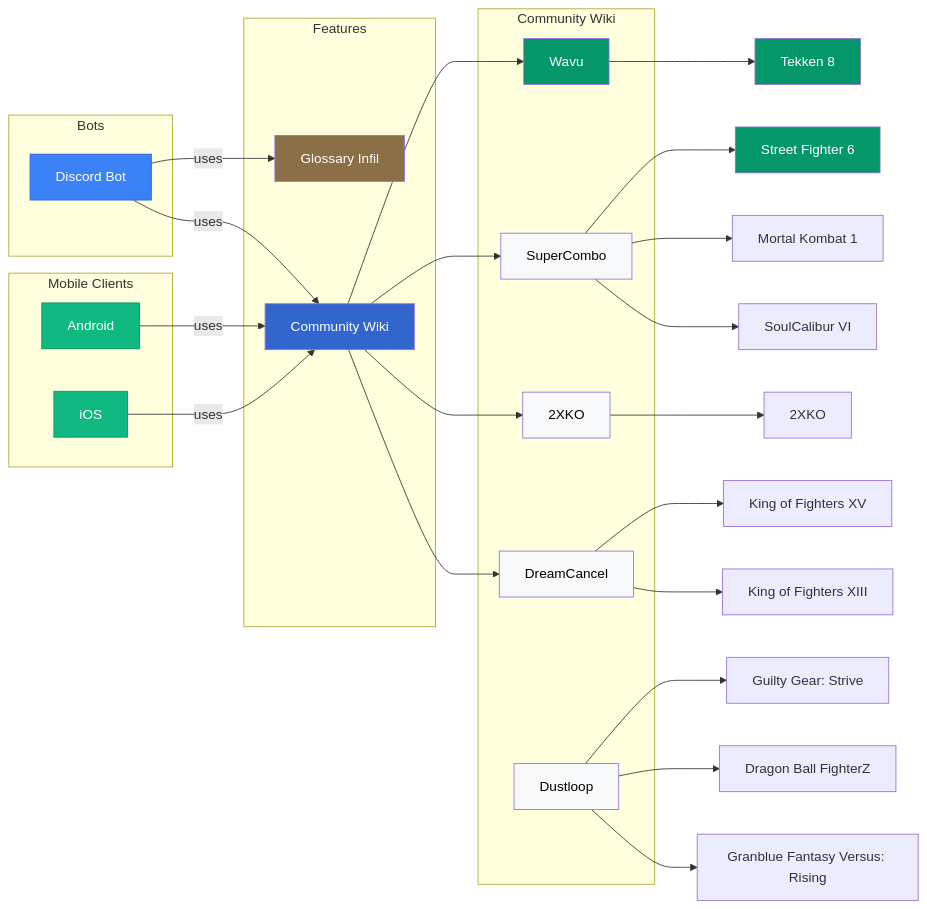
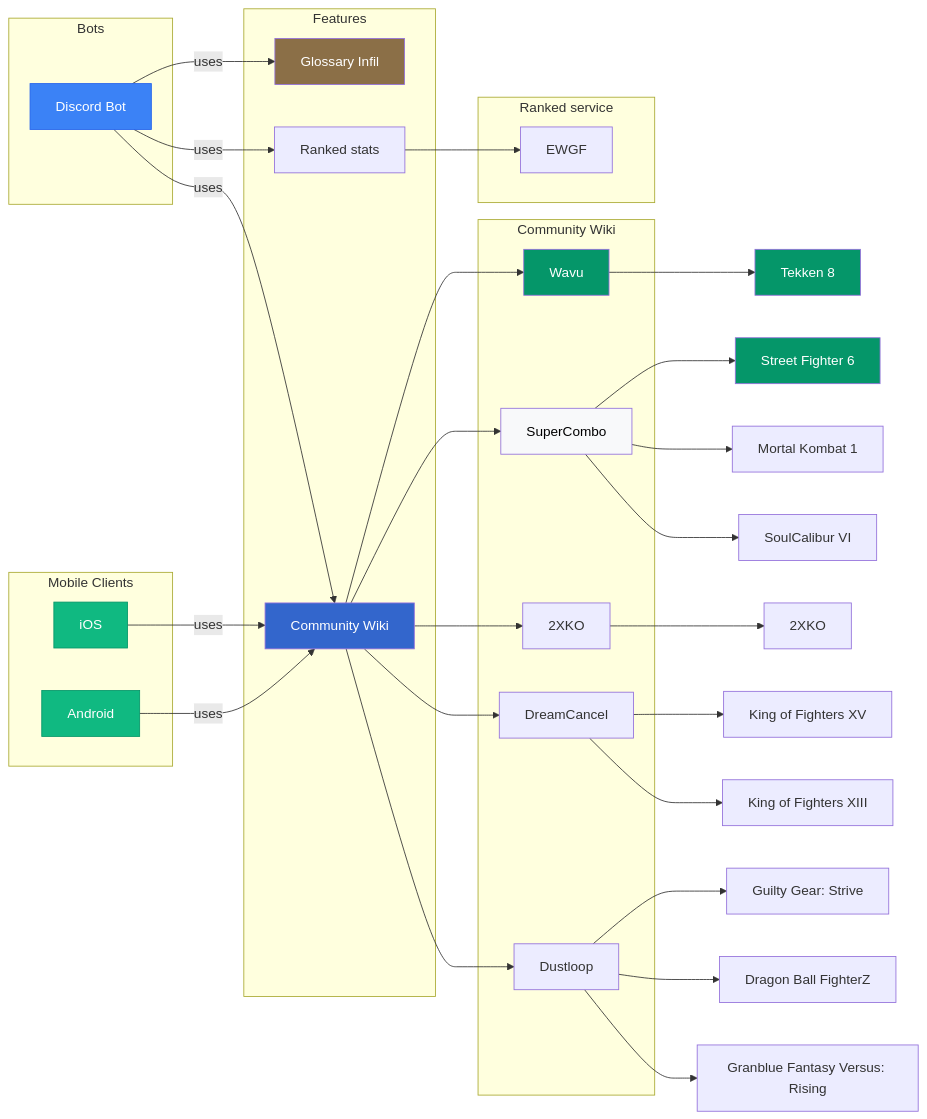
The diagram in README.md (Sophon/FightingNerd), drawn with Mermaid before and after one commit. The commit also changed other lines of this file and 1 other file, not shown here.

````diff
--- a/README.md
+++ b/README.md
@@ -37,60 +24,66 @@
 ```mermaid
 graph LR
   subgraph Bots
     discordBot[Discord Bot]
   end
 
   subgraph "Mobile Clients"
     android[Android]
     iOS[iOS]
   end
 
   subgraph Features
     glossaryInfil[Glossary Infil]
     communityWiki[Community Wiki]
+    elo[Ranked stats]
   end
 
   subgraph Community Wiki
     wikiWavu[Wavu]
     supercombo[SuperCombo]
     2xko[2XKO]
     dustloop[Dustloop]
     dreamcancel[DreamCancel]
   end
 
-  discordBot -->|uses| glossaryInfil
-  discordBot -->|uses| communityWiki
+  subgraph Ranked service
+    ewgf[EWGF]
+  end
 
   android -->|uses| communityWiki
   iOS -->|uses| communityWiki
+
+  discordBot -->|uses| glossaryInfil
+  discordBot -->|uses| communityWiki
+  discordBot -->|uses| elo
 
   communityWiki --> wikiWavu
   communityWiki --> supercombo
   communityWiki --> 2xko
   communityWiki --> dreamcancel
+  communityWiki --> dustloop
+
+  elo --> ewgf
 
   wikiWavu --> t8[Tekken 8]
   supercombo --> sf6[Street Fighter 6]
   supercombo --> mk1[Mortal Kombat 1]
   supercombo --> sc6[SoulCalibur VI]
   dustloop --> ggst[Guilty Gear: Strive]
   dustloop --> dbfz[Dragon Ball FighterZ]
   dustloop --> gbvsr[Granblue Fantasy Versus: Rising]
   2xko --> xko[2XKO]
   dreamcancel --> kof15[King of Fighters XV]
   dreamcancel --> kof13[King of Fighters XIII]
 
 
   style discordBot fill:#3B82F6,stroke:#2563EB,color:#fff
   style android fill:#10B981,stroke:#059669,color:#fff
   style iOS fill:#10B981,stroke:#059669,color:#fff
   style glossaryInfil fill:#8B6F47,color:#fff
   style communityWiki fill:#3366CC,color:#fff
   style wikiWavu fill:#059669,color:#fff
   style supercombo fill:#F8F9FA,color:#000000
-  style 2xko fill:#F8F9FA,color:#000000
-  style dustloop fill:#F8F9FA,color:#000000
-  style dreamcancel fill:#F8F9FA,color:#000000
   style t8 fill:#059669, color:#fff
   style sf6 fill:#059669, color:#fff
 ```
````
